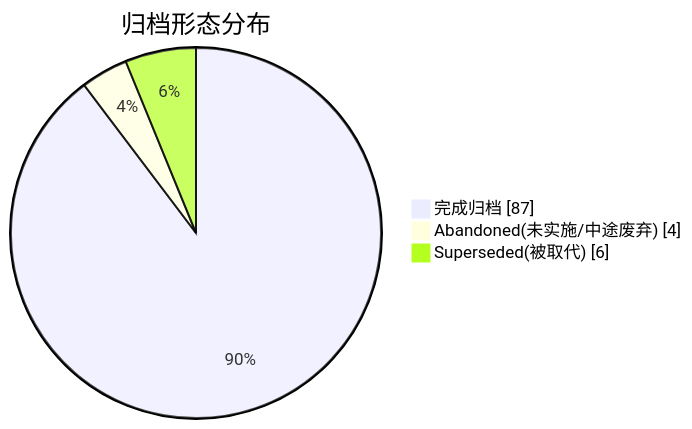
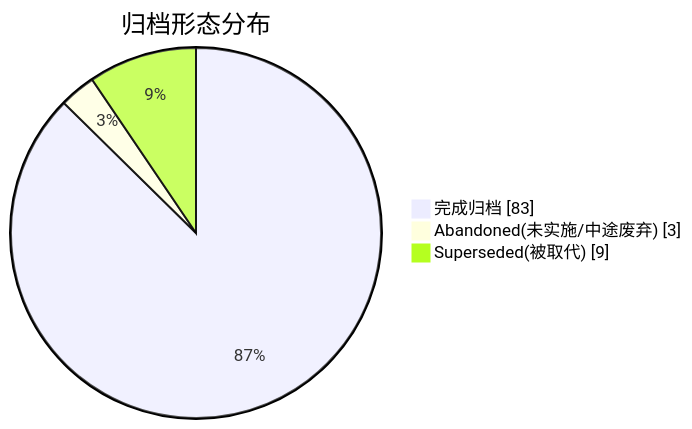
Before and after one commit to golddream-y/obsidian-ratel: the second of 2 diagrams in docs/superpowers/ARCHIVE.md, drawn with Mermaid. The commit also changed other lines of this file and 3 other files, not shown here.

````diff
--- a/docs/superpowers/ARCHIVE.md
+++ b/docs/superpowers/ARCHIVE.md
@@ -24,6 +28,6 @@
 ```mermaid
 pie showData title 归档形态分布
-    "完成归档" : 87
-    "Abandoned(未实施/中途废弃)" : 4
-    "Superseded(被取代)" : 6
+    "完成归档" : 83
+    "Abandoned(未实施/中途废弃)" : 3
+    "Superseded(被取代)" : 9
 ```
````
